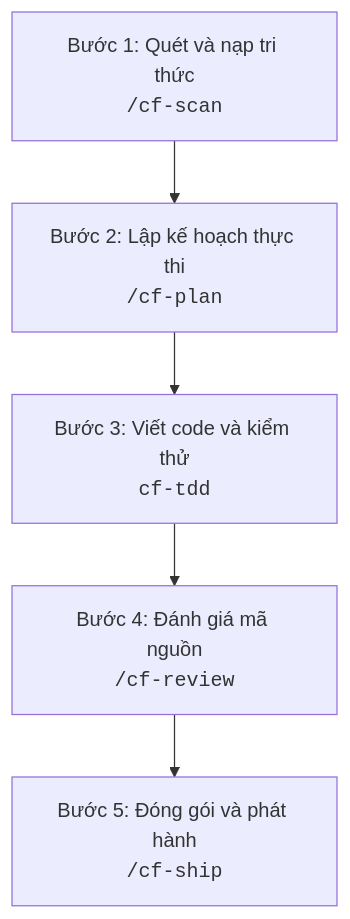
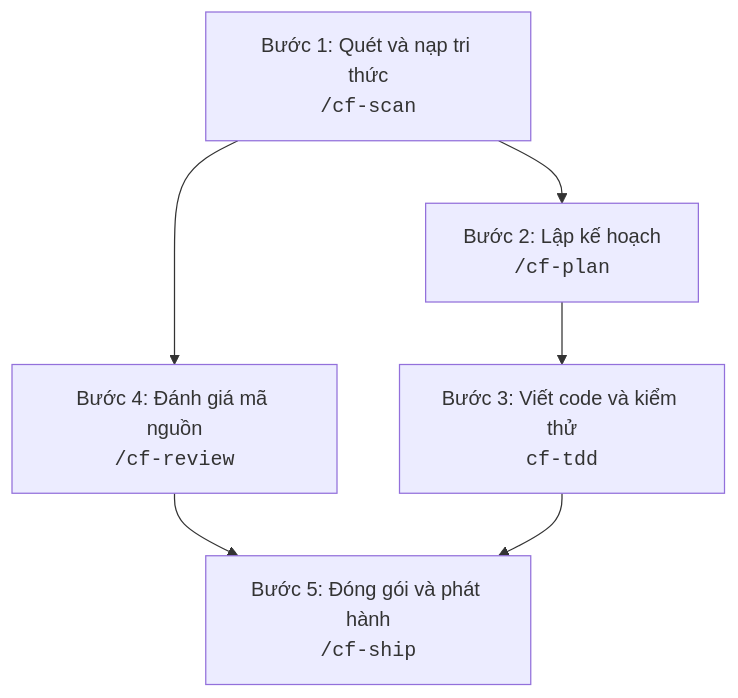
Before and after one commit to nguyengoctin/my_website: the first of 6 diagrams in content/posts/toan-tap-coding-friend-ai-engineering.md, drawn with Mermaid. The commit also changed other lines of this file and 17 other files, not shown here.

````diff
--- a/content/posts/toan-tap-coding-friend-ai-engineering.md
+++ b/content/posts/toan-tap-coding-friend-ai-engineering.md
@@ -43,7 +43,8 @@
 ```mermaid
 flowchart TD
-    Scan["Bước 1: Quét và nạp tri thức<br/><code>/cf-scan</code>"] --> Plan["Bước 2: Lập kế hoạch thực thi<br/><code>/cf-plan</code>"]
+    Scan["Bước 1: Quét và nạp tri thức<br/><code>/cf-scan</code>"] --> Plan["Bước 2: Lập kế hoạch<br/><code>/cf-plan</code>"]
     Plan --> Code["Bước 3: Viết code và kiểm thử<br/><code>cf-tdd</code>"]
-    Code --> Review["Bước 4: Đánh giá mã nguồn<br/><code>/cf-review</code>"]
+    Scan --> Review["Bước 4: Đánh giá mã nguồn<br/><code>/cf-review</code>"]
     Review --> Ship["Bước 5: Đóng gói và phát hành<br/><code>/cf-ship</code>"]
+    Code --> Ship
 ```
````
